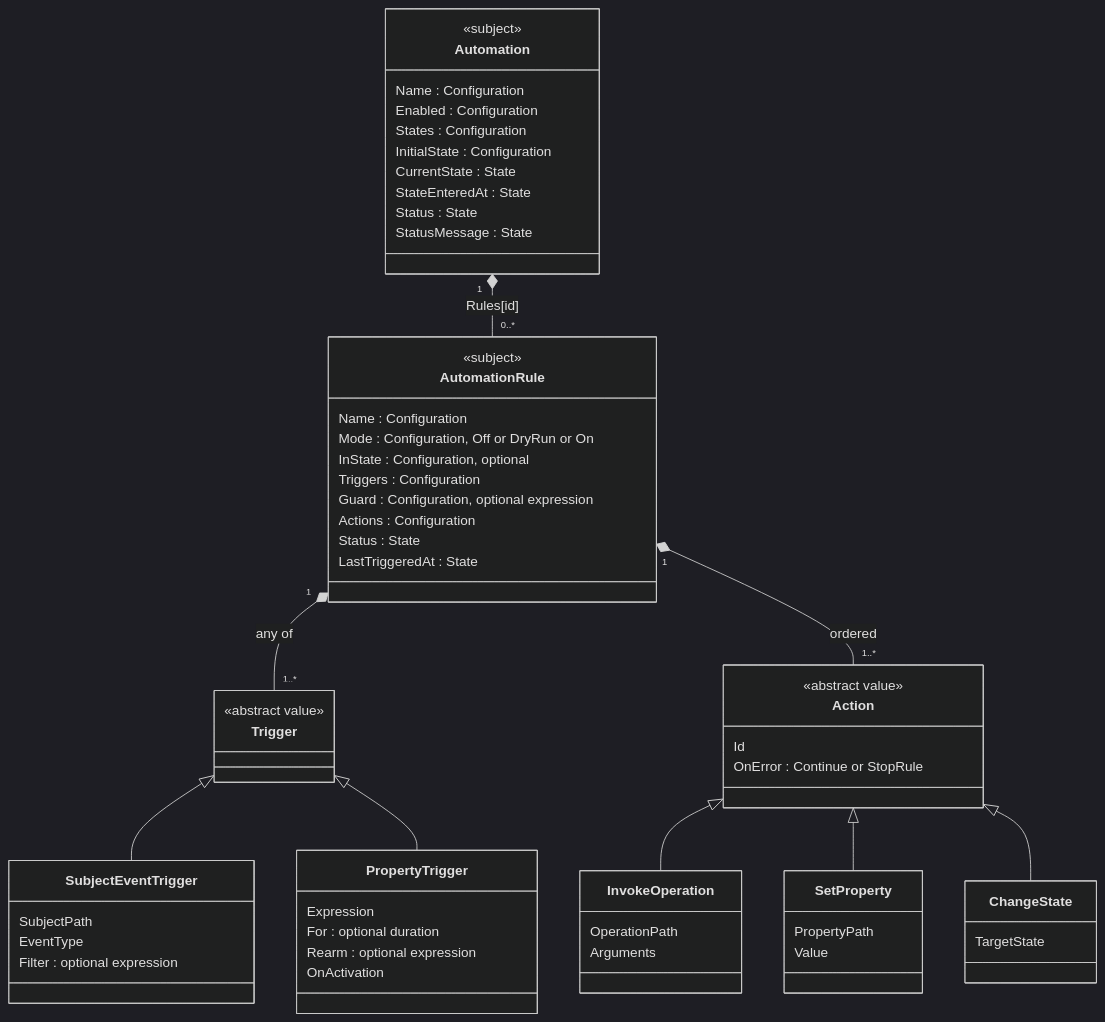
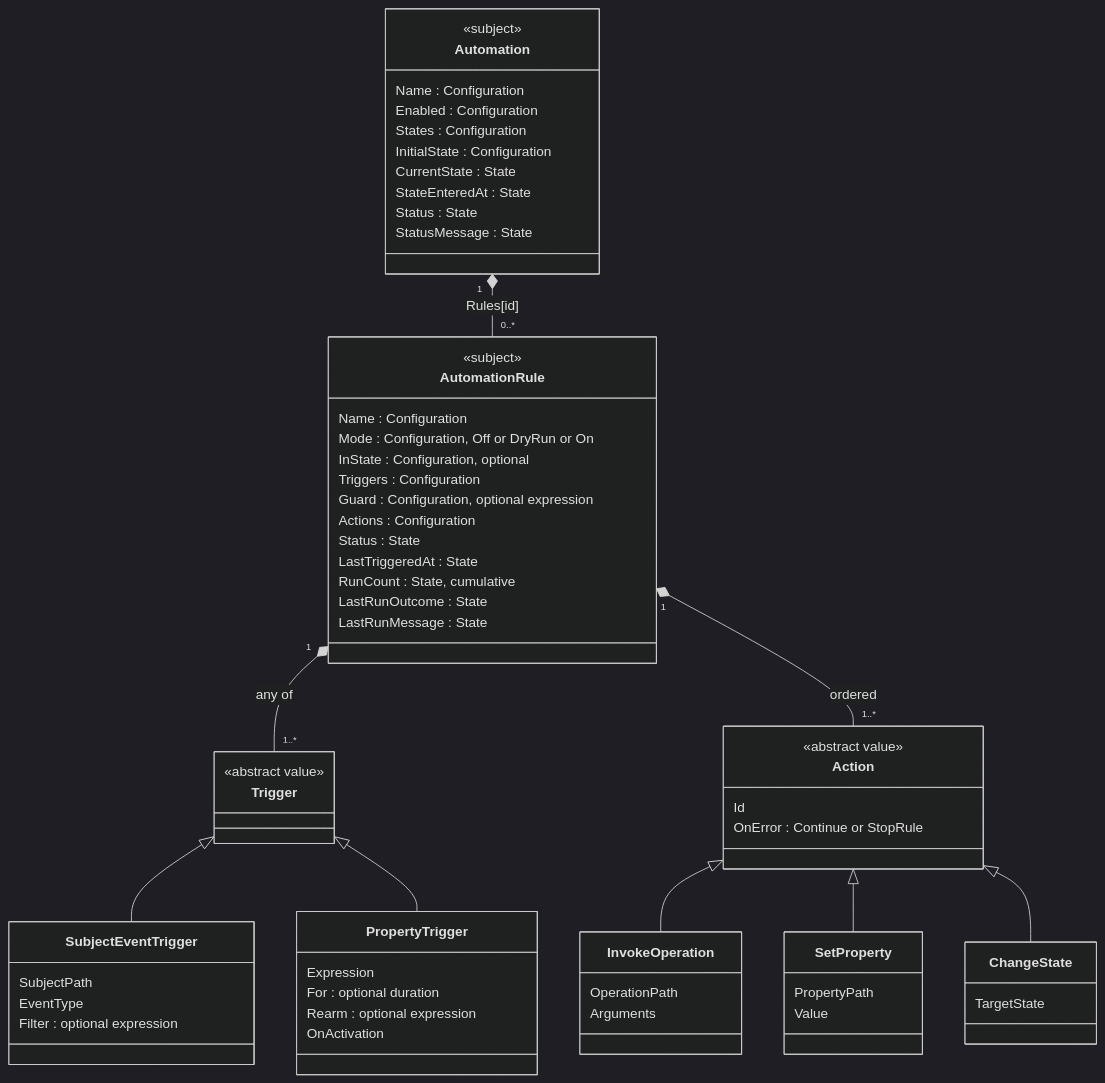
Before and after one commit to RicoSuter/Namotion.Interceptor: the diagram in docs/superpowers/specs/2026-11-02-homeblaze-automation-design.md, drawn with Mermaid (dark theme). The commit also changed other lines of this file, not shown here.

First line of the commit message:
docs: settle automation UI and run history in design

````diff
--- a/docs/superpowers/specs/2026-11-02-homeblaze-automation-design.md
+++ b/docs/superpowers/specs/2026-11-02-homeblaze-automation-design.md
@@ -65,64 +65,67 @@
 ```mermaid
 classDiagram
     direction TB
     class Automation {
         <<subject>>
         Name : Configuration
         Enabled : Configuration
         States : Configuration
         InitialState : Configuration
         CurrentState : State
         StateEnteredAt : State
         Status : State
         StatusMessage : State
     }
     class AutomationRule {
         <<subject>>
         Name : Configuration
         Mode : Configuration, Off or DryRun or On
         InState : Configuration, optional
         Triggers : Configuration
         Guard : Configuration, optional expression
         Actions : Configuration
         Status : State
         LastTriggeredAt : State
+        RunCount : State, cumulative
+        LastRunOutcome : State
+        LastRunMessage : State
     }
     class Trigger {
         <<abstract value>>
     }
     class SubjectEventTrigger {
         SubjectPath
         EventType
         Filter : optional expression
     }
     class PropertyTrigger {
         Expression
         For : optional duration
         Rearm : optional expression
         OnActivation
     }
     class Action {
         <<abstract value>>
         Id
         OnError : Continue or StopRule
     }
     class InvokeOperation {
         OperationPath
         Arguments
     }
     class SetProperty {
         PropertyPath
         Value
     }
     class ChangeState {
         TargetState
     }
     Automation "1" *-- "0..*" AutomationRule : Rules[id]
     AutomationRule "1" *-- "1..*" Trigger : any of
     AutomationRule "1" *-- "1..*" Action : ordered
     Trigger <|-- SubjectEventTrigger
     Trigger <|-- PropertyTrigger
     Action <|-- InvokeOperation
     Action <|-- SetProperty
     Action <|-- ChangeState
 ```
````
